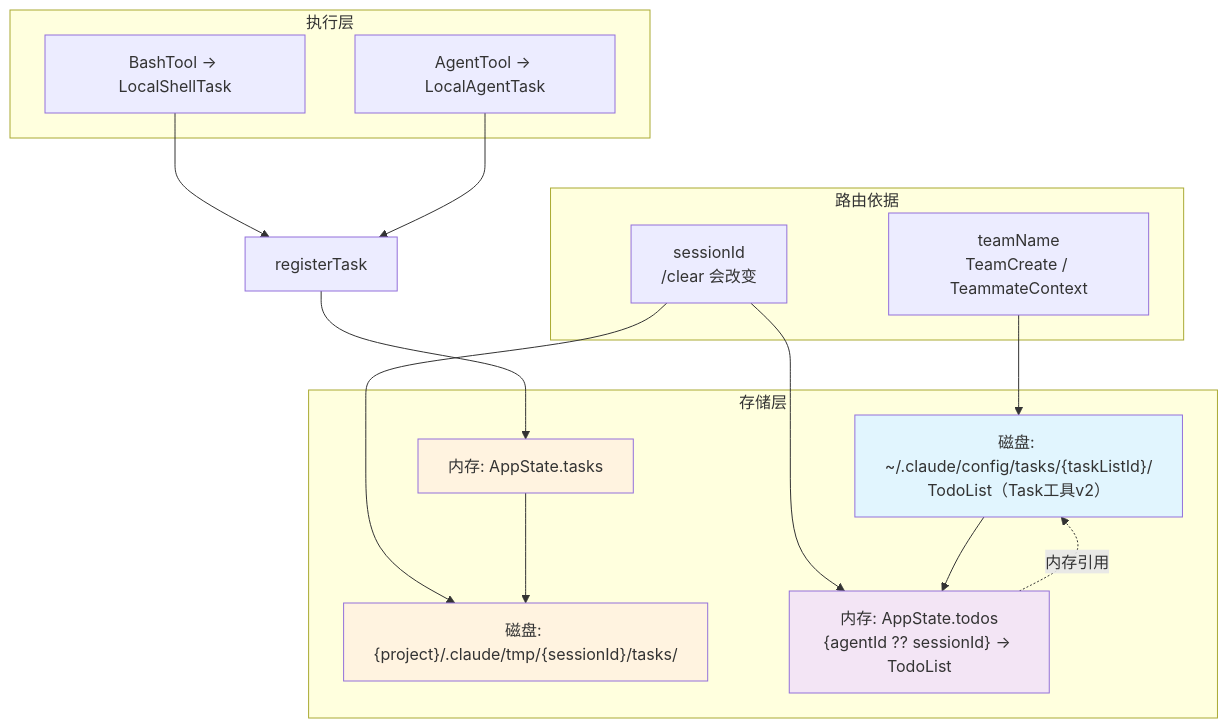
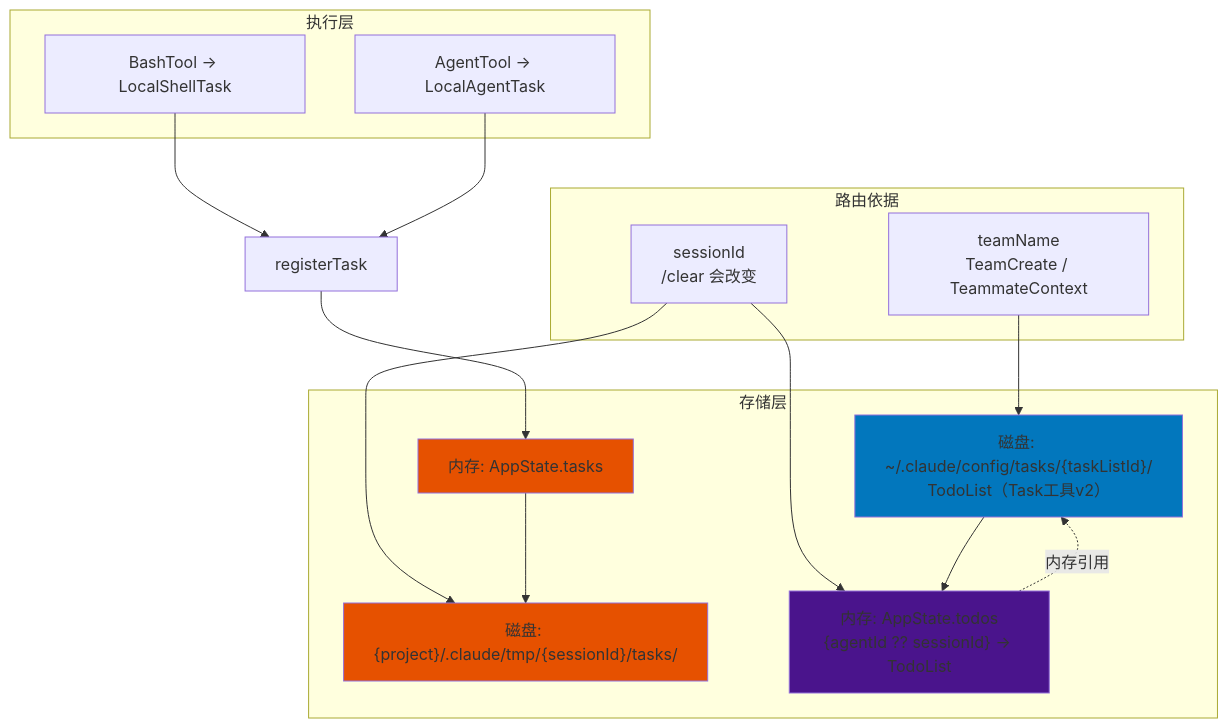
Before and after one commit to platootalp/harness-code: the sixth of 16 diagrams in harness/docs/deep/TASK-SYSTEM.md, drawn with Mermaid. The commit also changed other lines of this file and 10 other files, not shown here.

````diff
--- a/harness/docs/deep/TASK-SYSTEM.md
+++ b/harness/docs/deep/TASK-SYSTEM.md
@@ -307,37 +307,37 @@
 ```mermaid
 flowchart TD
     subgraph 存储层
         TodoListDisk["磁盘: ~/.claude/config/tasks/{taskListId}/<br/>TodoList（Task工具v2）"]
         TaskMemory["内存: AppState.tasks"]
         TaskOutput["磁盘: {project}/.claude/tmp/{sessionId}/tasks/"]
         AppStateTodos["内存: AppState.todos<br/>{agentId ?? sessionId} -> TodoList"]
     end
 
     subgraph 路由依据
         Session["sessionId<br/>/clear 会改变"]
         Team["teamName<br/>TeamCreate / TeammateContext"]
     end
 
     subgraph 执行层
         BashTool["BashTool → LocalShellTask"]
         AgentTool["AgentTool → LocalAgentTask"]
     end
 
     Session --> TaskOutput
     Session --> AppStateTodos
     Team --> TodoListDisk
 
     TodoListDisk --> AppStateTodos
     AppStateTodos -. "内存引用" .-> TodoListDisk
 
     TaskMemory --> TaskOutput
 
     BashTool --> registerTask
     AgentTool --> registerTask
     registerTask --> TaskMemory
 
-    style TodoListDisk fill:#e1f5fe
-    style TaskMemory fill:#fff3e0
-    style TaskOutput fill:#fff3e0
-    style AppStateTodos fill:#f3e5f5
+    style TodoListDisk fill:#0277bd
+    style TaskMemory fill:#e65100
+    style TaskOutput fill:#e65100
+    style AppStateTodos fill:#4a148c
 ```
````
